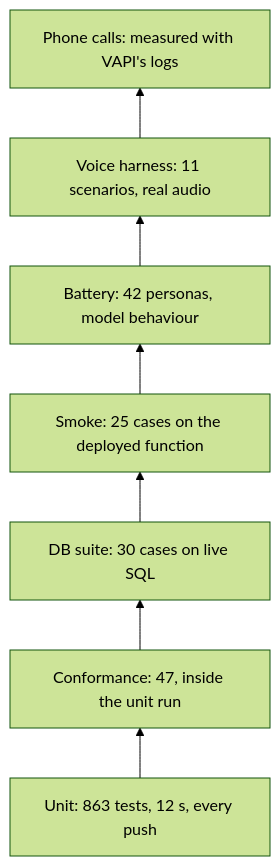
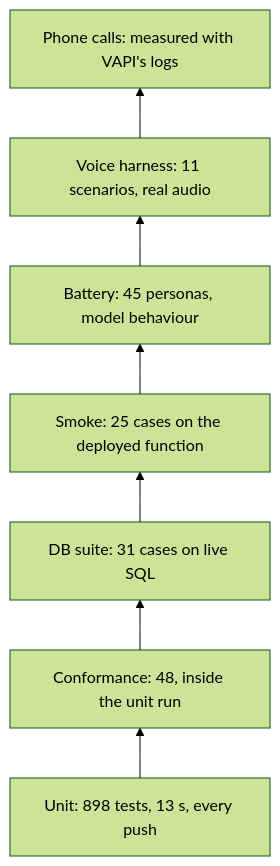
One commit to mannpandya1702/Claim-Agent changed the second of 3 diagrams in docs/reliability.md. Above: the diagram before and after it, drawn with Mermaid (forest theme). The commit also changed other lines of this file and 49 other files, not shown here.

````diff
--- a/docs/reliability.md
+++ b/docs/reliability.md
@@ -231,9 +231,9 @@
 ```mermaid
 flowchart BT
-    U["Unit: 863 tests, 12 s, every push"] --> K["Conformance: 47, inside the unit run"]
-    K --> D["DB suite: 30 cases on live SQL"]
+    U["Unit: 898 tests, 13 s, every push"] --> K["Conformance: 48, inside the unit run"]
+    K --> D["DB suite: 31 cases on live SQL"]
     D --> S["Smoke: 25 cases on the deployed function"]
-    S --> B["Battery: 42 personas, model behaviour"]
+    S --> B["Battery: 45 personas, model behaviour"]
     B --> V["Voice harness: 11 scenarios, real audio"]
     V --> H["Phone calls: measured with VAPI's logs"]
 ```
````
